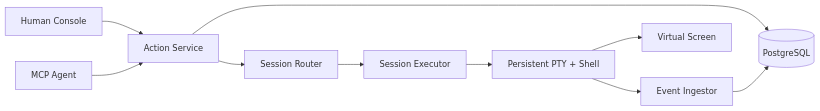
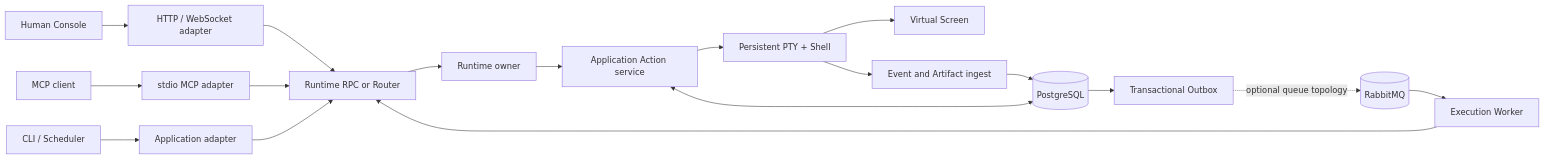
The diagram in README.md (Alpha5402/iTerminal), drawn with Mermaid before and after one commit. The commit also changed other lines of this file, not shown here.

Commit message:
docs: refocus readme on product architecture

````diff
--- a/README.md
+++ b/README.md
@@ -168,12 +68,23 @@
 ```mermaid
 flowchart LR
-    H[Human Console] --> A[Action Service]
-    M[MCP Agent] --> A
-    A --> D[(PostgreSQL)]
-    A --> R[Session Router]
-    R --> E[Session Executor]
-    E --> P[Persistent PTY + Shell]
-    P --> V[Event Ingestor]
+    H[Human Console] --> HA[HTTP / WebSocket adapter]
+    M[MCP client] --> MA[stdio MCP adapter]
+    C[CLI / Scheduler] --> CA[Application adapter]
+
+    HA --> U[Runtime RPC or Router]
+    MA --> U
+    CA --> U
+
+    U --> R[Runtime owner]
+    R --> A[Application Action service]
+    A --> P[Persistent PTY + Shell]
     P --> S[Virtual Screen]
-    V --> D
+    P --> E[Event and Artifact ingest]
+    A <--> D[(PostgreSQL)]
+    E --> D
+
+    D --> O[Transactional Outbox]
+    O -. optional queue topology .-> Q[(RabbitMQ)]
+    Q --> W[Execution Worker]
+    W --> U
 ```
````
